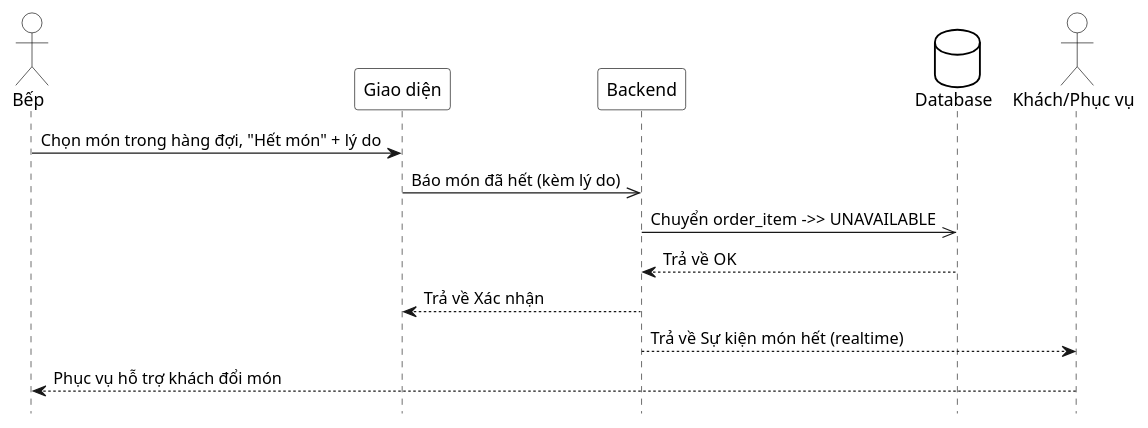
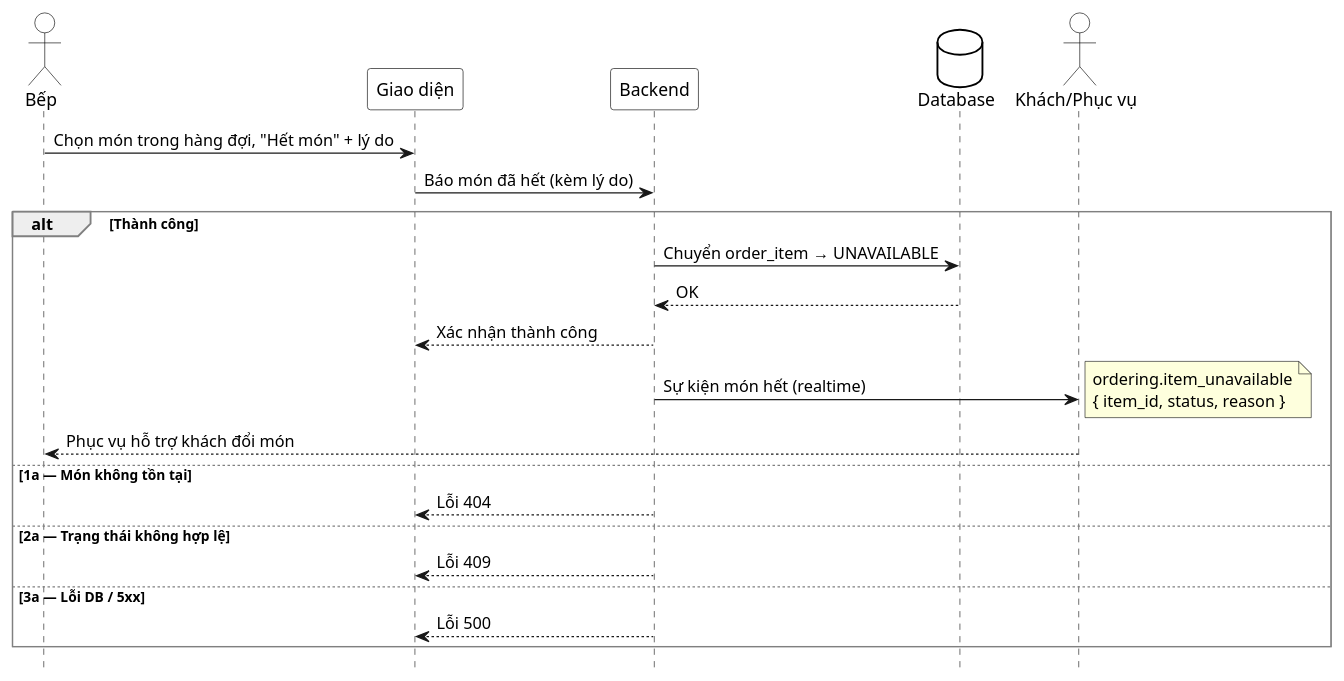
The diagram in docs/use-cases/uc-bep-39-bao-het-mon.md (thanhhoa3514/restaurant-management), drawn with PlantUML before and after one commit. The commit also changed other lines of this file and 98 other files, not shown here.

````diff
--- a/docs/use-cases/uc-bep-39-bao-het-mon.md
+++ b/docs/use-cases/uc-bep-39-bao-het-mon.md
@@ -49,32 +51,41 @@
 ```plantuml
 @startuml
 hide footbox
 skinparam participant {
  BackgroundColor White
  BorderColor Black
 }
 skinparam actor {
  BackgroundColor White
  BorderColor Black
 }
 skinparam database {
  BackgroundColor White
  BorderColor Black
 }
 skinparam sequenceGroupBorderThickness 1
 skinparam sequenceGroupBorderColor Gray
 actor "Bếp" as A
 participant "Giao diện" as UI
 participant "Backend" as BE
 database "Database" as DB
 actor "Khách/Phục vụ" as G
 
 A -> UI : Chọn món trong hàng đợi, "Hết món" + lý do
-UI ->> BE : Báo món đã hết (kèm lý do)
-BE ->> DB : Chuyển order_item ->> UNAVAILABLE
-DB --> BE : Trả về OK
-BE --> UI : Trả về Xác nhận
-BE --> G : Trả về Sự kiện món hết (realtime)
-G --> A : Phục vụ hỗ trợ khách đổi món
+UI -> BE : Báo món đã hết (kèm lý do)
+alt Thành công
+  BE -> DB : Chuyển order_item → UNAVAILABLE
+  DB --> BE : OK
+  BE --> UI : Xác nhận thành công
+  BE -> G : Sự kiện món hết (realtime)
+  note right: ordering.item_unavailable\n{ item_id, status, reason }
+  G --> A : Phục vụ hỗ trợ khách đổi món
+else 1a — Món không tồn tại
+  BE --> UI : Lỗi 404
+else 2a — Trạng thái không hợp lệ
+  BE --> UI : Lỗi 409
+else 3a — Lỗi DB / 5xx
+  BE --> UI : Lỗi 500
+end
 @enduml
 ```
````
